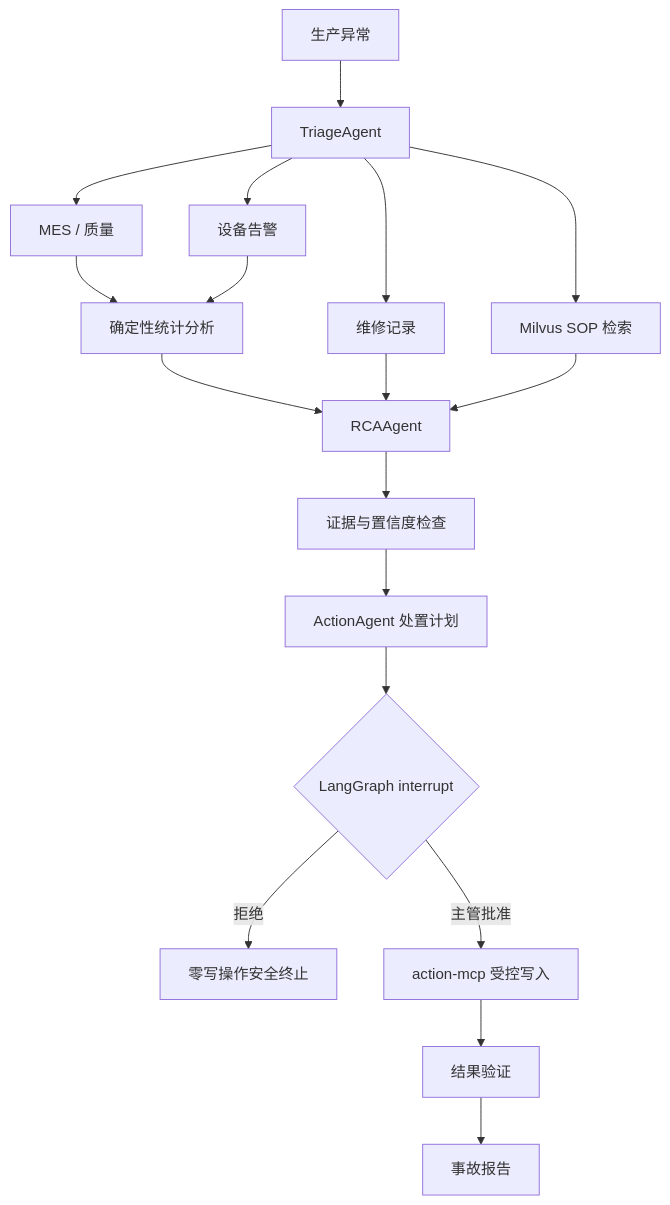
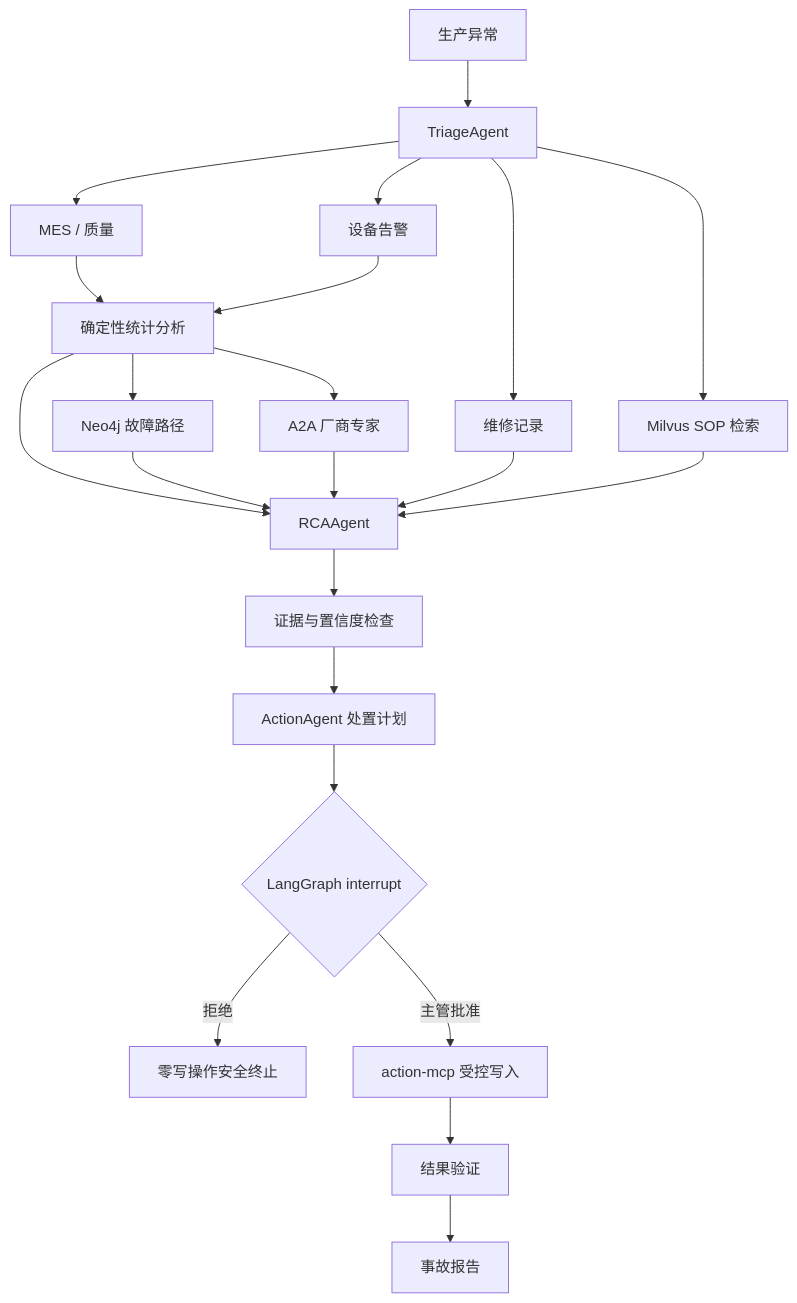
The diagram in README.md (liuweiai/agent1), drawn with Mermaid before and after one commit. The commit also changed other lines of this file and 63 other files, not shown here.

````diff
--- a/README.md
+++ b/README.md
@@ -33,20 +45,24 @@
 ```mermaid
 flowchart TD
     U[生产异常] --> T[TriageAgent]
     T --> M[MES / 质量]
     T --> A[设备告警]
     T --> H[维修记录]
     T --> K[Milvus SOP 检索]
     M --> S[确定性统计分析]
     A --> S
+    S --> G[Neo4j 故障路径]
+    S --> A2A[A2A 厂商专家]
     S --> R[RCAAgent]
+    G --> R
+    A2A --> R
     H --> R
     K --> R
     R --> C[证据与置信度检查]
     C --> P[ActionAgent 处置计划]
     P --> I{LangGraph interrupt}
     I -->|拒绝| X[零写操作安全终止]
     I -->|主管批准| E[action-mcp 受控写入]
     E --> V[结果验证]
     V --> O[事故报告]
 ```
````
